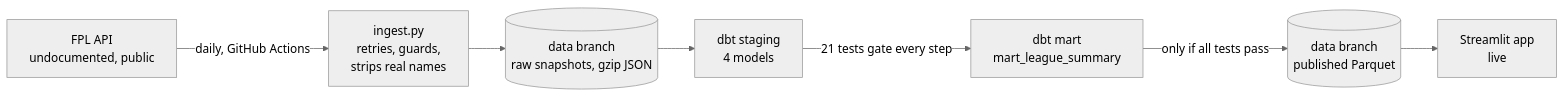
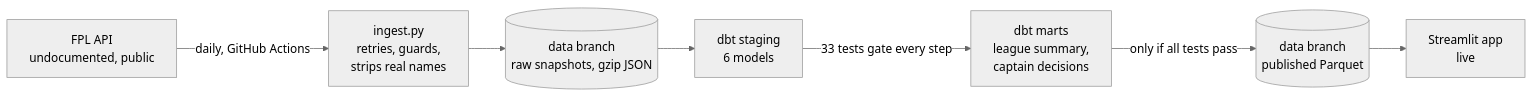
The diagram in README.md (Hesh18/Fpl-Mini-League-Analysis), drawn with Mermaid (neutral theme) before and after one commit. The commit also changed other lines of this file and 14 other files, not shown here.

First line of the commit message:
Add captain decisions: picks ingestion, reconciliation tests and mart

````diff
--- a/README.md
+++ b/README.md
@@ -16,9 +16,9 @@
 ```mermaid
 flowchart LR
     API["FPL API<br/>undocumented, public"] -->|daily, GitHub Actions| ING["ingest.py<br/>retries, guards,<br/>strips real names"]
     ING --> RAW[("data branch<br/>raw snapshots, gzip JSON")]
-    RAW --> STG["dbt staging<br/>4 models"]
-    STG -->|21 tests gate every step| MART["dbt mart<br/>mart_league_summary"]
+    RAW --> STG["dbt staging<br/>6 models"]
+    STG -->|33 tests gate every step| MART["dbt marts<br/>league summary,<br/>captain decisions"]
     MART -->|only if all tests pass| PUB[("data branch<br/>published Parquet")]
     PUB --> APP["Streamlit app<br/>live"]
 ```
````
